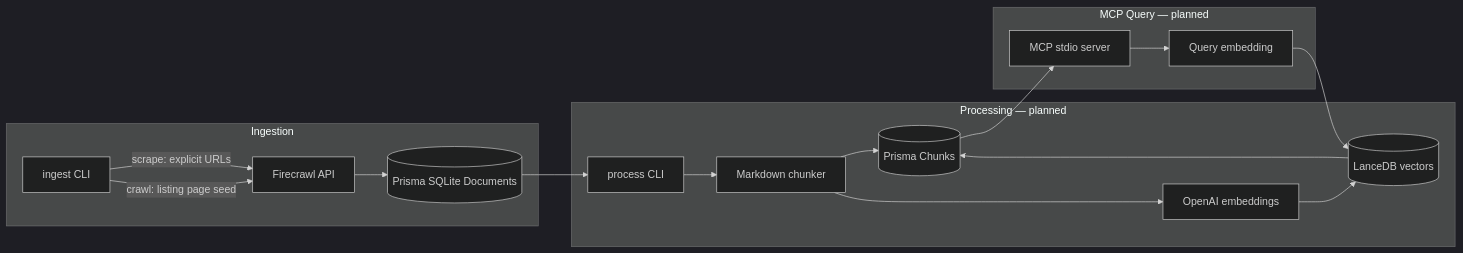
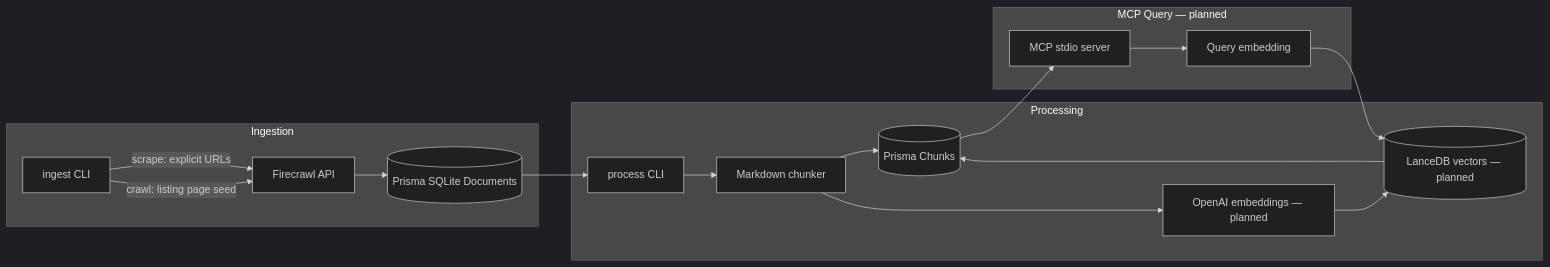
The diagram in README.md (AdityaGoyal1999/Agentic-Knowledge-Engine), drawn with Mermaid (dark theme) before and after one commit. The commit also changed other lines of this file and 1 other file, not shown here.

````diff
--- a/README.md
+++ b/README.md
@@ -71,29 +71,29 @@
 ```mermaid
 flowchart LR
   subgraph ingest [Ingestion]
     CLI[ingest CLI]
     FC[Firecrawl API]
     CLI -->|"scrape: explicit URLs"| FC
     CLI -->|"crawl: listing page seed"| FC
     FC --> DocTable[(Prisma SQLite Documents)]
   end
 
-  subgraph process [Processing — planned]
+  subgraph process [Processing]
     ProcCLI[process CLI]
     Chunker[Markdown chunker]
-    Embed[OpenAI embeddings]
+    Embed[OpenAI embeddings — planned]
     ChunkTable[(Prisma Chunks)]
-    Vectors[(LanceDB vectors)]
+    Vectors[(LanceDB vectors — planned)]
     DocTable --> ProcCLI
     ProcCLI --> Chunker --> ChunkTable
     Chunker --> Embed --> Vectors
   end
 
   subgraph query [MCP Query — planned]
     MCP[MCP stdio server]
     QueryEmbed[Query embedding]
     MCP --> QueryEmbed --> Vectors
     Vectors --> ChunkTable
     ChunkTable --> MCP
   end
 ```
````
